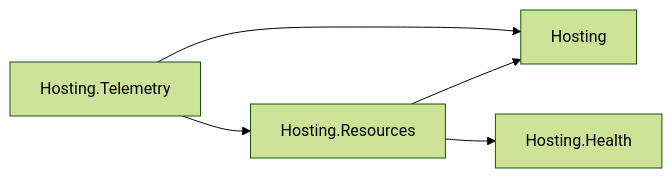
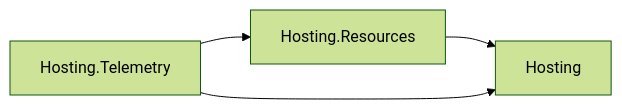
The eighth of 28 diagrams in docs/DEPENDENCIES.md (assimalign/cohesion), drawn with Mermaid (forest theme) before and after one commit. The commit also changed other lines of this file and 514 other files, not shown here.

````diff
--- a/docs/DEPENDENCIES.md
+++ b/docs/DEPENDENCIES.md
@@ -388,11 +388,9 @@
 ```mermaid
 flowchart LR
     N0["Hosting"]
-    N1["Hosting.Health"]
-    N2["Hosting.Resources"]
-    N3["Hosting.Telemetry"]
+    N1["Hosting.Resources"]
+    N2["Hosting.Telemetry"]
+    N1 --> N0
     N2 --> N0
     N2 --> N1
-    N3 --> N0
-    N3 --> N2
 ```
````
